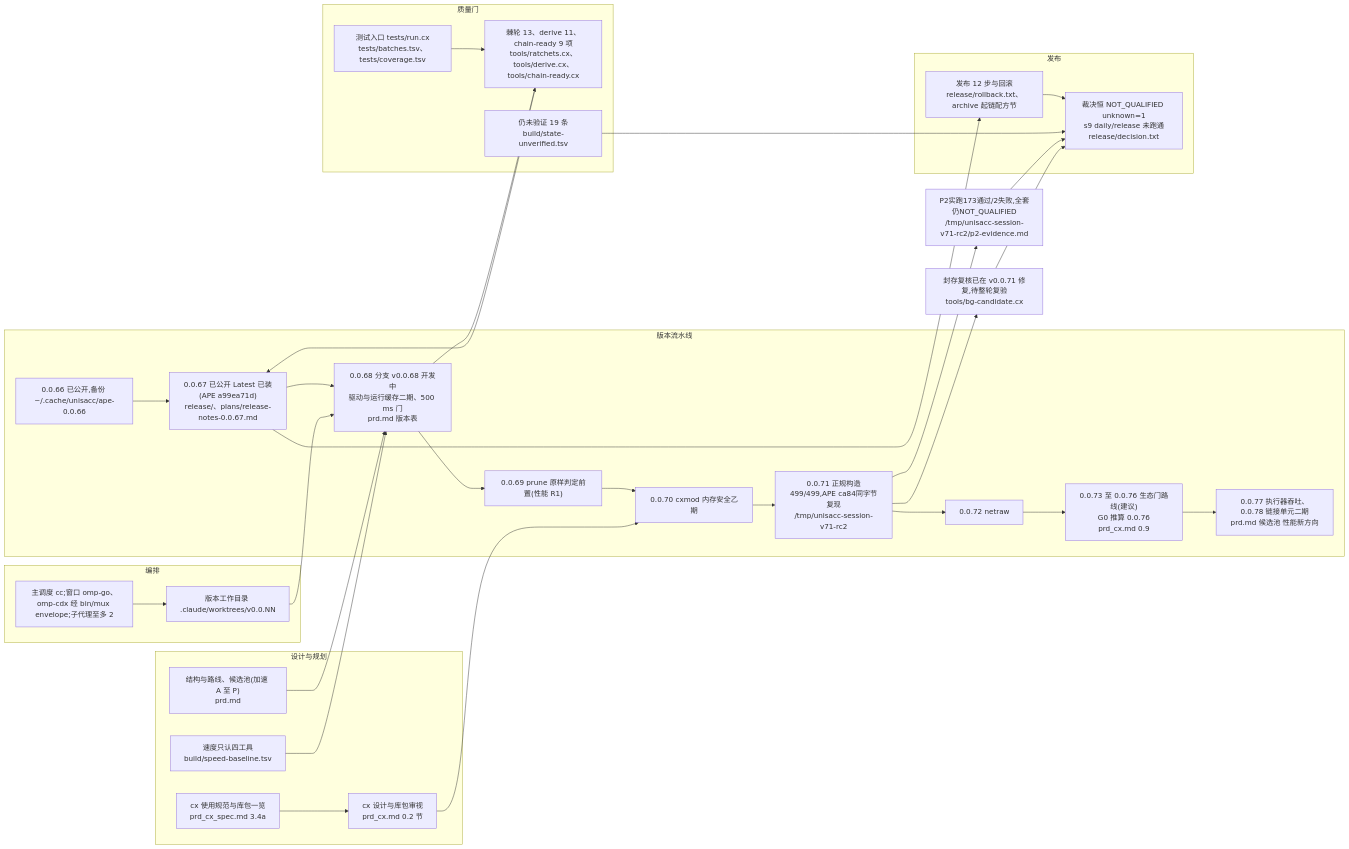
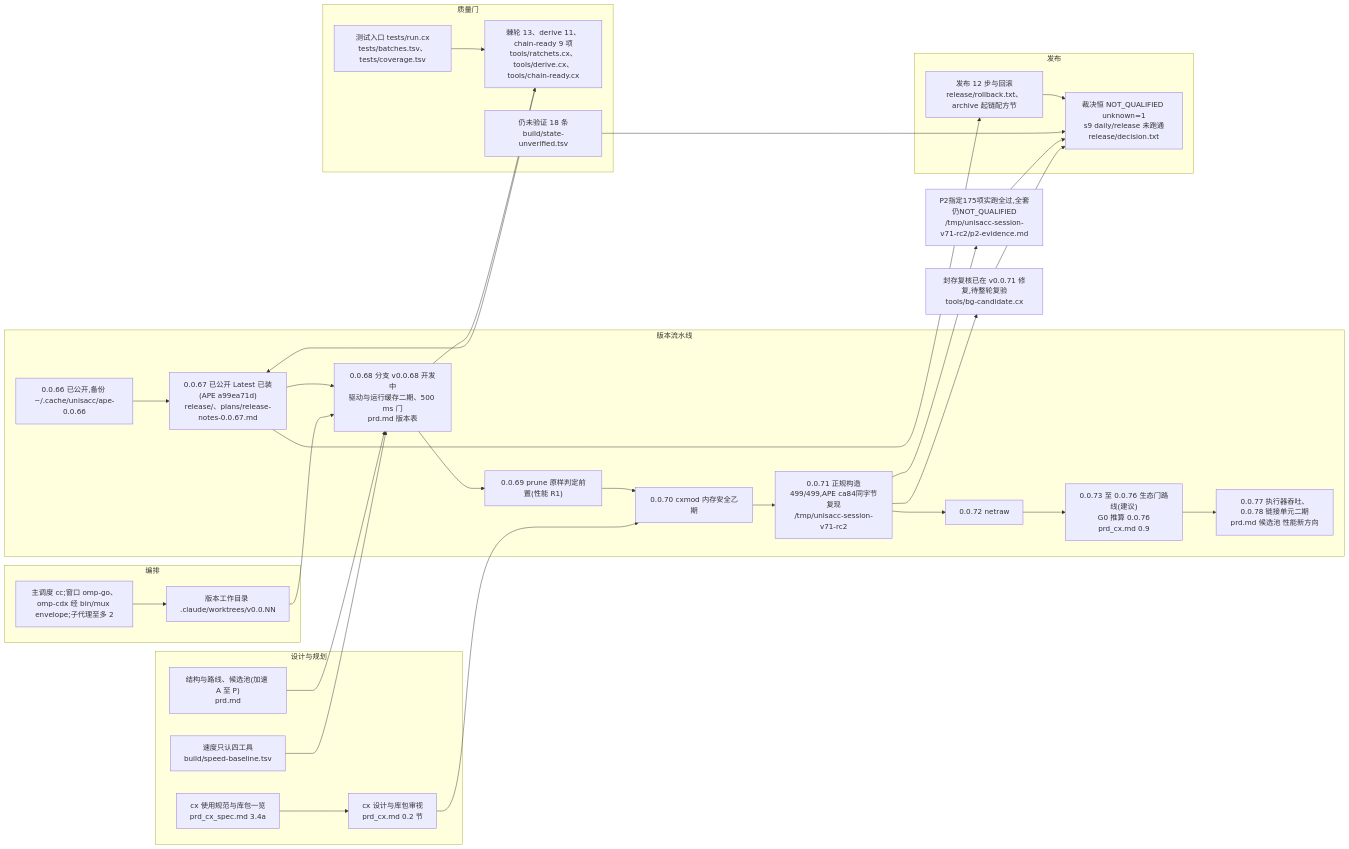
One commit to partnernetsoftware/unisacc changed the diagram in prd_mempalace.md. Above: the diagram before and after it, drawn with Mermaid. The commit also changed other lines of this file and 3 other files, not shown here.

````diff
--- a/prd_mempalace.md
+++ b/prd_mempalace.md
@@ -15,48 +15,48 @@
 ```mermaid
 flowchart LR
   subgraph 版本流水线
     V66["0.0.66 已公开,备份 ~/.cache/unisacc/ape-0.0.66"]
     V67["0.0.67 已公开 Latest 已装(APE a99ea71d)<br/>release/、plans/release-notes-0.0.67.md"]
     V68["0.0.68 分支 v0.0.68 开发中<br/>驱动与运行缓存二期、500 ms 门<br/>prd.md 版本表"]
     V69["0.0.69 prune 原样判定前置(性能 R1)"]
     V70["0.0.70 cxmod 内存安全乙期"]
     V71["0.0.71 正规构造499/499,APE ca84同字节复现<br/>/tmp/unisacc-session-v71-rc2"]
     V72["0.0.72 netraw"]
     ECO["0.0.73 至 0.0.76 生态门路线(建议)<br/>G0 推算 0.0.76<br/>prd_cx.md 0.9"]
     PERF["0.0.77 执行器吞吐、0.0.78 链接单元二期<br/>prd.md 候选池 性能新方向"]
     V66 --> V67 --> V68 --> V69 --> V70 --> V71 --> V72 --> ECO --> PERF
   end
   subgraph 发布
     REL["发布 12 步与回滚<br/>release/rollback.txt、archive 起链配方节"]
     Q["裁决恒 NOT_QUALIFIED unknown=1<br/>s9 daily/release 未跑通<br/>release/decision.txt"]
   end
   subgraph 质量门
     GATE["棘轮 13、derive 11、chain-ready 9 项<br/>tools/ratchets.cx、tools/derive.cx、tools/chain-ready.cx"]
     TEST["测试入口 tests/run.cx<br/>tests/batches.tsv、tests/coverage.tsv"]
-    UV["仍未验证 19 条<br/>build/state-unverified.tsv"]
+    UV["仍未验证 18 条<br/>build/state-unverified.tsv"]
   end
   subgraph 设计与规划
     PRD["结构与路线、候选池(加速 A 至 P)<br/>prd.md"]
     CX["cx 设计与库包审视<br/>prd_cx.md 0.2 节"]
     SPEC["cx 使用规范与库包一览<br/>prd_cx_spec.md 3.4a"]
     SPEED["速度只认四工具<br/>build/speed-baseline.tsv"]
   end
   subgraph 编排
     ORCH["主调度 cc;窗口 omp-go、omp-cdx 经 bin/mux envelope;子代理至多 2"]
     WT["版本工作目录 .claude/worktrees/v0.0.NN"]
   end
   V67 --> REL --> Q
   V68 --> GATE
   GATE --> V67
   TEST --> GATE
   UV --> Q
   PRD --> V68
   CX --> V70
   SPEC --> CX
   SPEED --> V68
   ORCH --> WT --> V68
-  T71["P2实跑173通过/2失败,全套仍NOT_QUALIFIED<br/>/tmp/unisacc-session-v71-rc2/p2-evidence.md"]
+  T71["P2指定175项实跑全过,全套仍NOT_QUALIFIED<br/>/tmp/unisacc-session-v71-rc2/p2-evidence.md"]
   S71["封存复核已在 v0.0.71 修复,待整轮复验<br/>tools/bg-candidate.cx"]
   V71 --> T71 --> Q
   V71 --> S71 --> Q
 ```
````
